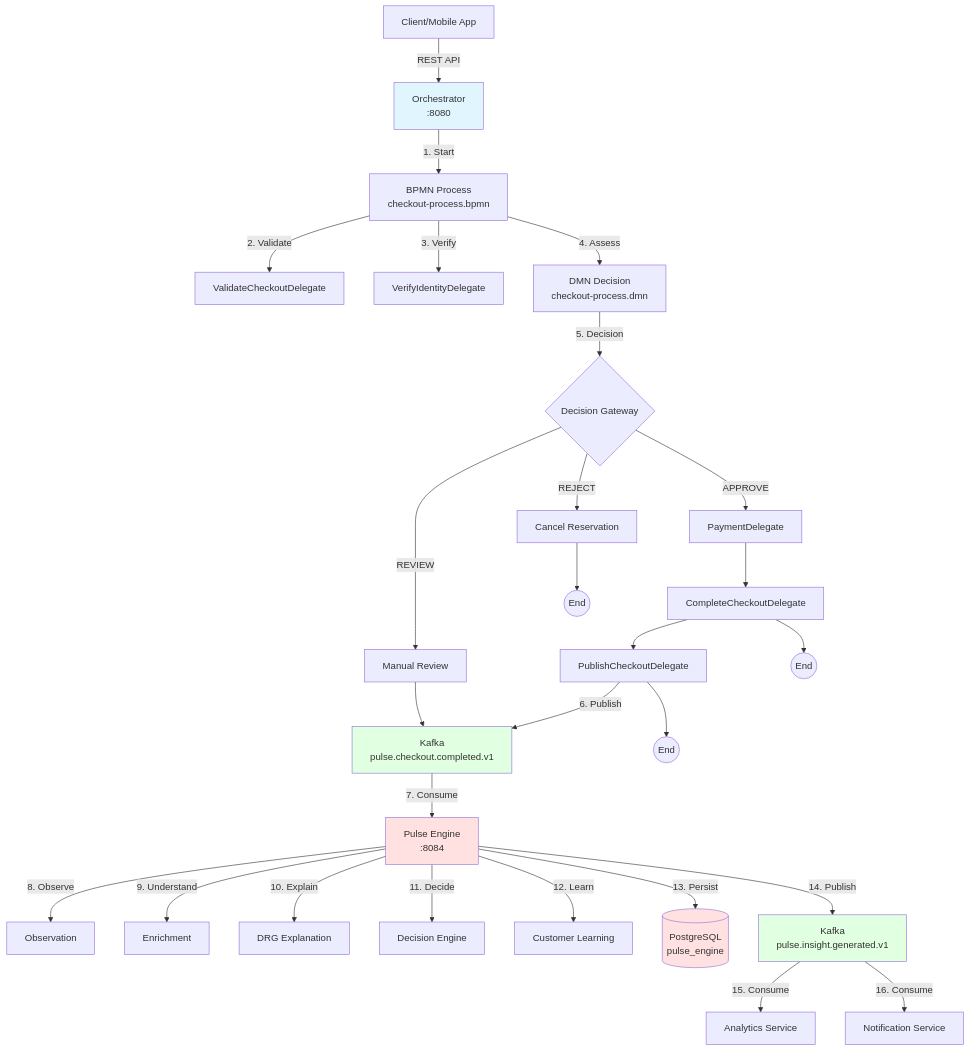
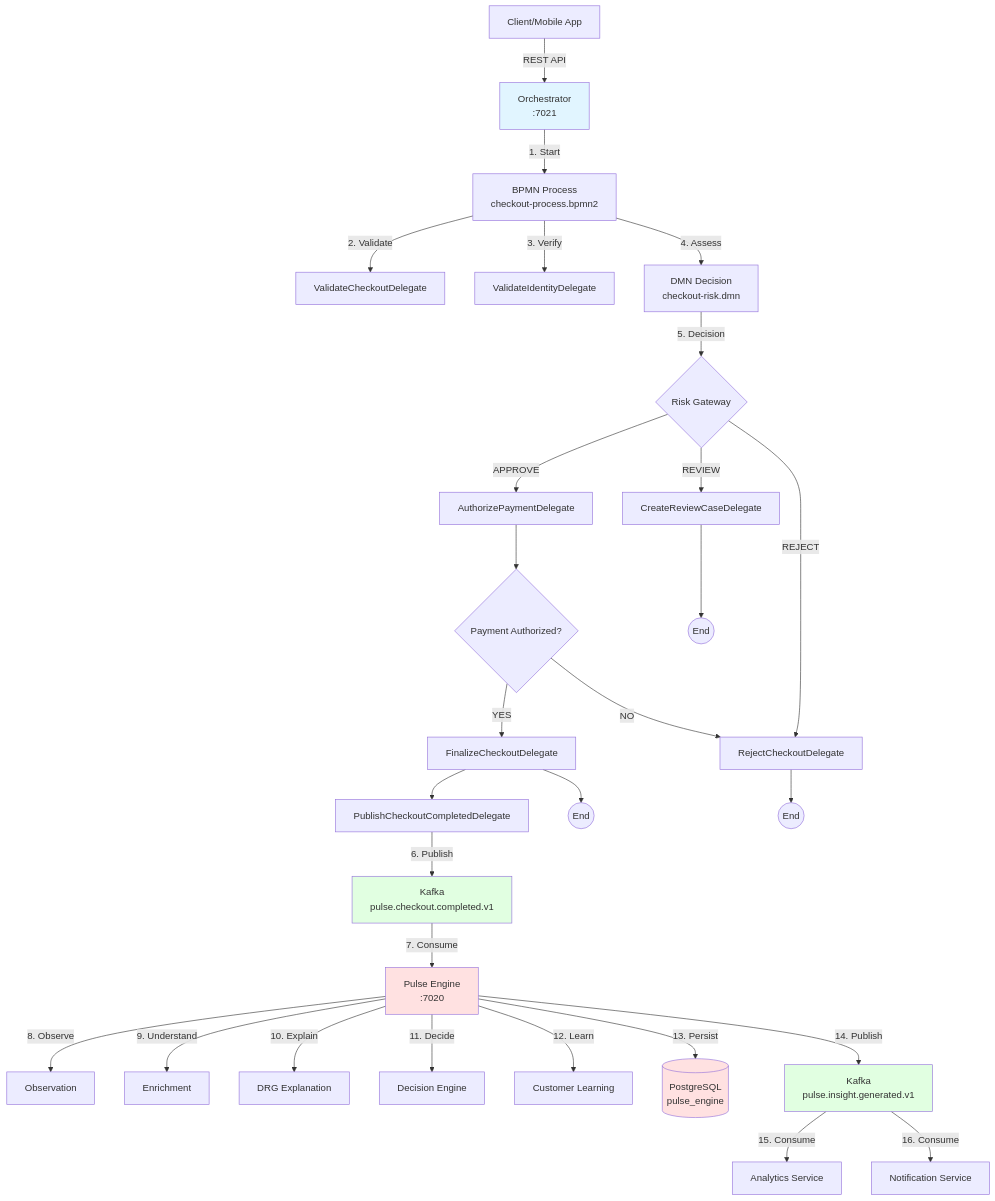
One commit to irsyadjpp/pulse-engine changed the fifth of 5 diagrams in README.md. Above: the diagram before and after it, drawn with Mermaid. The commit also changed other lines of this file, not shown here.

````diff
--- a/README.md
+++ b/README.md
@@ -799,44 +575,46 @@
 ```mermaid
 flowchart TB
-    Client[Client/Mobile App] -->|REST API| Orchestrator[Orchestrator<br/>:8080]
+    Client[Client/Mobile App] -->|REST API| Orchestrator[Orchestrator<br/>:7021]
     
-    Orchestrator -->|1. Start| BPMN[BPMN Process<br/>checkout-process.bpmn]
+    Orchestrator -->|1. Start| BPMN[BPMN Process<br/>checkout-process.bpmn2]
     BPMN -->|2. Validate| Validate[ValidateCheckoutDelegate]
-    BPMN -->|3. Verify| Verify[VerifyIdentityDelegate]
-    BPMN -->|4. Assess| DMN[DMN Decision<br/>checkout-process.dmn]
+    BPMN -->|3. Verify| Verify[ValidateIdentityDelegate]
+    BPMN -->|4. Assess| DMN[DMN Decision<br/>checkout-risk.dmn]
     
-    DMN -->|5. Decision| Gateway{Decision Gateway}
+    DMN -->|5. Decision| Gateway{Risk Gateway}
     
-    Gateway -->|APPROVE| Payment[PaymentDelegate]
-    Gateway -->|REVIEW| Review[Manual Review]
-    Gateway -->|REJECT| Cancel[Cancel Reservation]
+    Gateway -->|APPROVE| Pay[AuthorizePaymentDelegate]
+    Gateway -->|REVIEW| Review[CreateReviewCaseDelegate]
+    Gateway -->|REJECT| Reject[RejectCheckoutDelegate]
     
-    Payment --> Complete[CompleteCheckoutDelegate]
-    Complete --> Publish[PublishCheckoutDelegate]
+    Pay --> PayGW{Payment Authorized?}
+    PayGW -->|YES| Final[FinalizeCheckoutDelegate]
+    PayGW -->|NO| Reject
+    
+    Final --> Publish[PublishCheckoutCompletedDelegate]
     
     Publish -->|6. Publish| Kafka1[Kafka<br/>pulse.checkout.completed.v1]
     
-    Kafka1 -->|7. Consume| Engine[Pulse Engine<br/>:8084]
+    Kafka1 -->|7. Consume| Engine[Pulse Engine<br/>:7020]
     
     Engine -->|8. Observe| Observe[Observation]
     Engine -->|9. Understand| Understand[Enrichment]
     Engine -->|10. Explain| Explain[DRG Explanation]
     Engine -->|11. Decide| Decide[Decision Engine]
     Engine -->|12. Learn| Learn[Customer Learning]
     Engine -->|13. Persist| DB[(PostgreSQL<br/>pulse_engine)]
     Engine -->|14. Publish| Kafka2[Kafka<br/>pulse.insight.generated.v1]
     
     Kafka2 -->|15. Consume| Analytics[Analytics Service]
     Kafka2 -->|16. Consume| Notification[Notification Service]
     
-    Review --> Kafka1
-    Cancel --> End1((End))
-    Complete --> End2((End))
-    Publish --> End3((End))
+    Review --> End1((End))
+    Reject --> End2((End))
+    Final --> End3((End))
     
     style Orchestrator fill:#e1f5ff
     style Engine fill:#ffe1e1
     style DB fill:#ffe1e1
     style Kafka1 fill:#e1ffe1
     style Kafka2 fill:#e1ffe1
 ```
````
